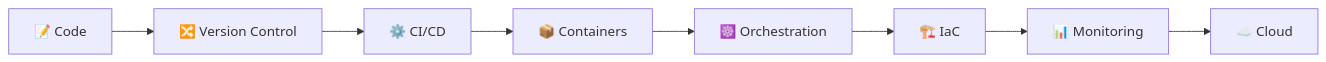
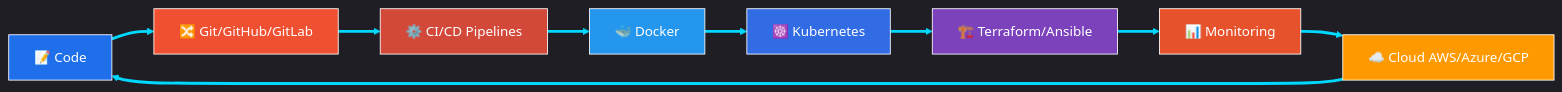
One commit to Sahil31312/Sahil31312 changed the diagram in README.md. Above: the diagram before and after it, drawn with Mermaid. The commit also changed other lines of this file, not shown here.

````diff
--- a/README.md
+++ b/README.md
@@ -115,10 +104,20 @@
 ```mermaid
+%%{init: {'theme':'dark', 'themeVariables': {'primaryColor':'#7B42BC','primaryTextColor':'#fff','lineColor':'#00D9FF'}}}%%
 graph LR
-    A[📝 Code] --> B[🔀 Version Control]
-    B --> C[⚙️ CI/CD]
-    C --> D[📦 Containers]
-    D --> E[☸️ Orchestration]
-    E --> F[🏗️ IaC]
-    F --> G[📊 Monitoring]
-    G --> H[☁️ Cloud]
+    A[📝 Code] ==> B[🔀 Git/GitHub/GitLab]
+    B ==> C[⚙️ CI/CD Pipelines]
+    C ==> D[🐳 Docker]
+    D ==> E[☸️ Kubernetes]
+    E ==> F[🏗️ Terraform/Ansible]
+    F ==> G[📊 Monitoring]
+    G ==> H[☁️ Cloud AWS/Azure/GCP]
+    H ==> A
+    style A fill:#1f6feb,stroke:#fff,color:#fff
+    style B fill:#f05032,stroke:#fff,color:#fff
+    style C fill:#d24939,stroke:#fff,color:#fff
+    style D fill:#2496ed,stroke:#fff,color:#fff
+    style E fill:#326ce5,stroke:#fff,color:#fff
+    style F fill:#7b42bc,stroke:#fff,color:#fff
+    style G fill:#e6522c,stroke:#fff,color:#fff
+    style H fill:#ff9900,stroke:#fff,color:#fff
 ```
````
